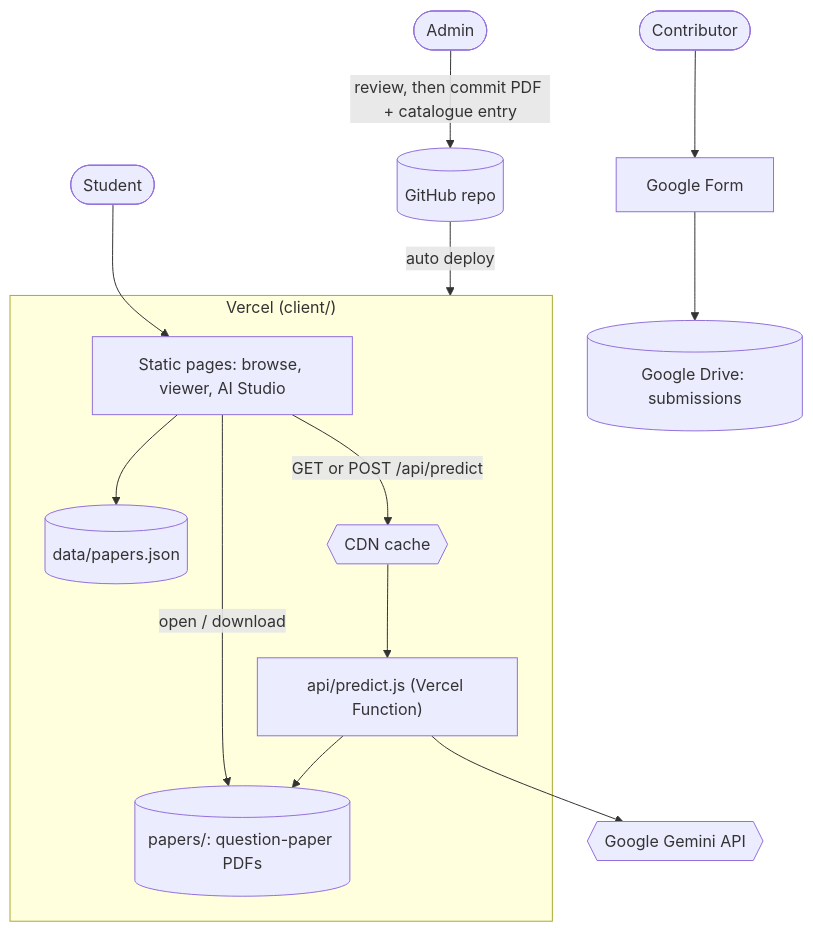
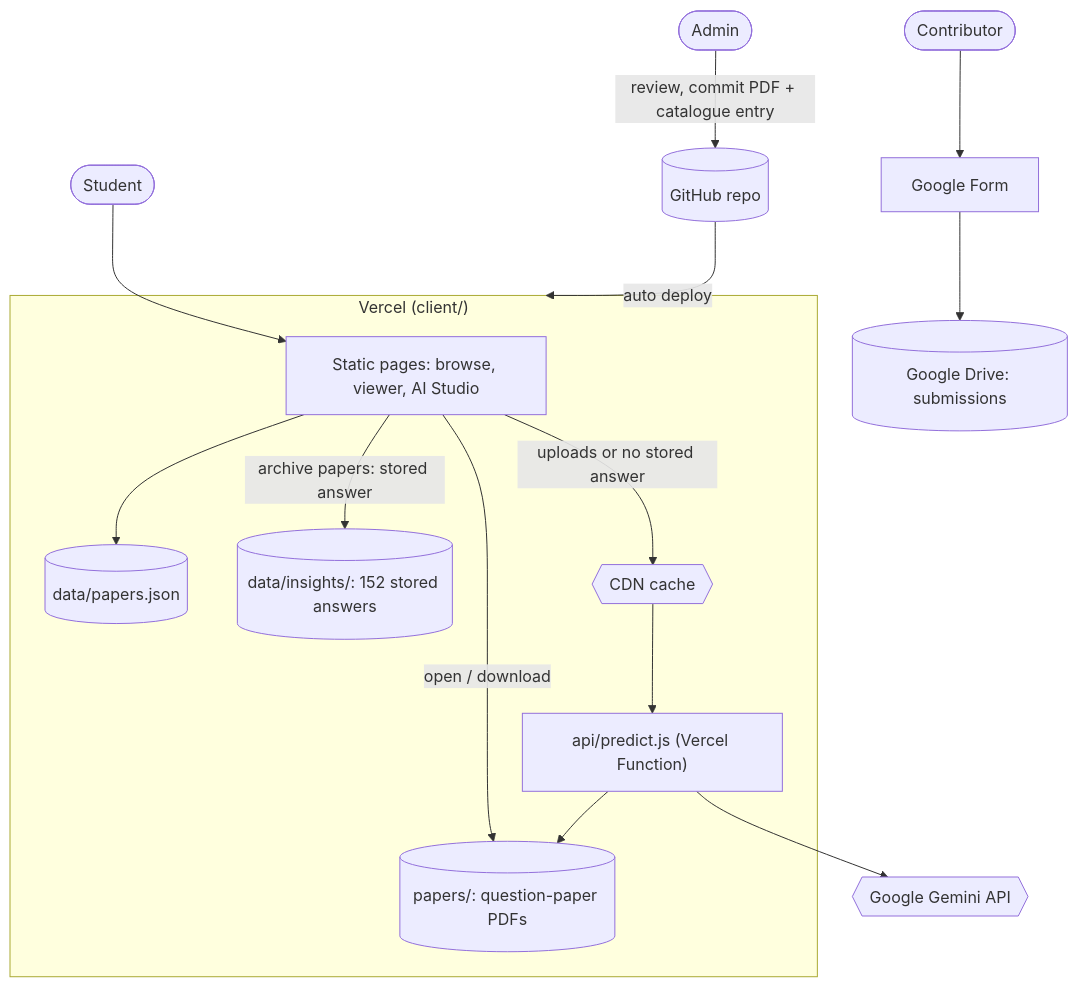
The first of 2 diagrams in README.md (kritika89898/ExamForge), drawn with Mermaid before and after one commit. The commit also changed other lines of this file, not shown here.

````diff
--- a/README.md
+++ b/README.md
@@ -78,30 +80,32 @@
 ```mermaid
 flowchart TB
     Student(["Student"])
     Contributor(["Contributor"])
     Admin(["Admin"])
 
     subgraph Vercel["Vercel (client/)"]
         Pages["Static pages: browse, viewer, AI Studio"]
         Catalog[("data/papers.json")]
         Papers[("papers/: question-paper PDFs")]
+        Insights[("data/insights/: 152 stored answers")]
         Predict["api/predict.js (Vercel Function)"]
         CDN{{"CDN cache"}}
     end
 
     Gemini{{"Google Gemini API"}}
     Form["Google Form"]
     Drive[("Google Drive: submissions")]
     GitHub[("GitHub repo")]
 
     Student --> Pages
     Pages --> Catalog
     Pages -->|"open / download"| Papers
-    Pages -->|"GET or POST /api/predict"| CDN
+    Pages -->|"archive papers: stored answer"| Insights
+    Pages -->|"uploads or no stored answer"| CDN
     CDN --> Predict
     Predict --> Papers
     Predict --> Gemini
     Contributor --> Form --> Drive
-    Admin -->|"review, then commit PDF + catalogue entry"| GitHub
+    Admin -->|"review, commit PDF + catalogue entry"| GitHub
     GitHub -->|"auto deploy"| Vercel
 ```
````
